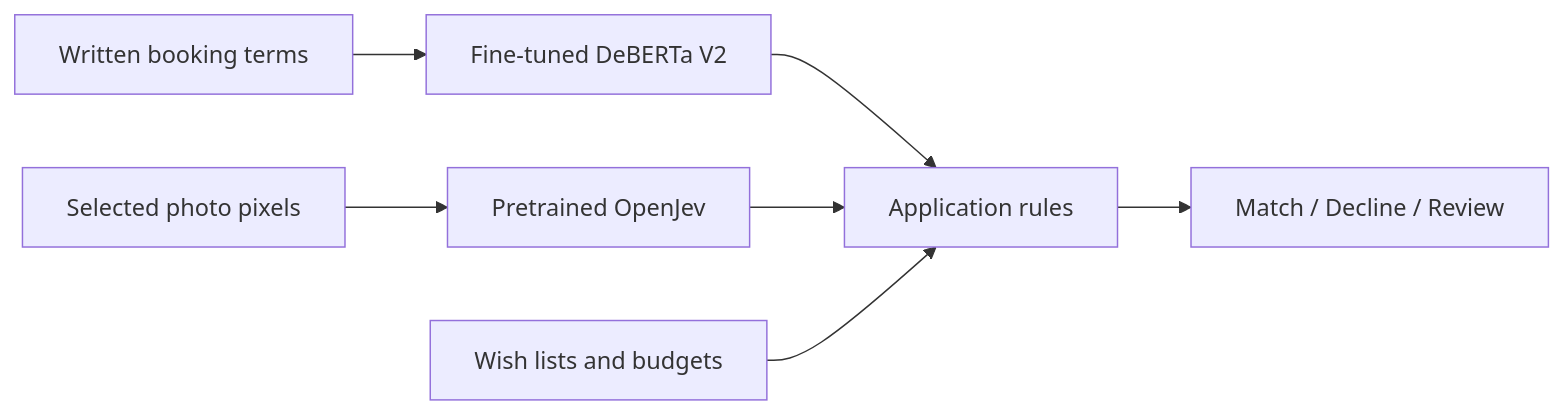
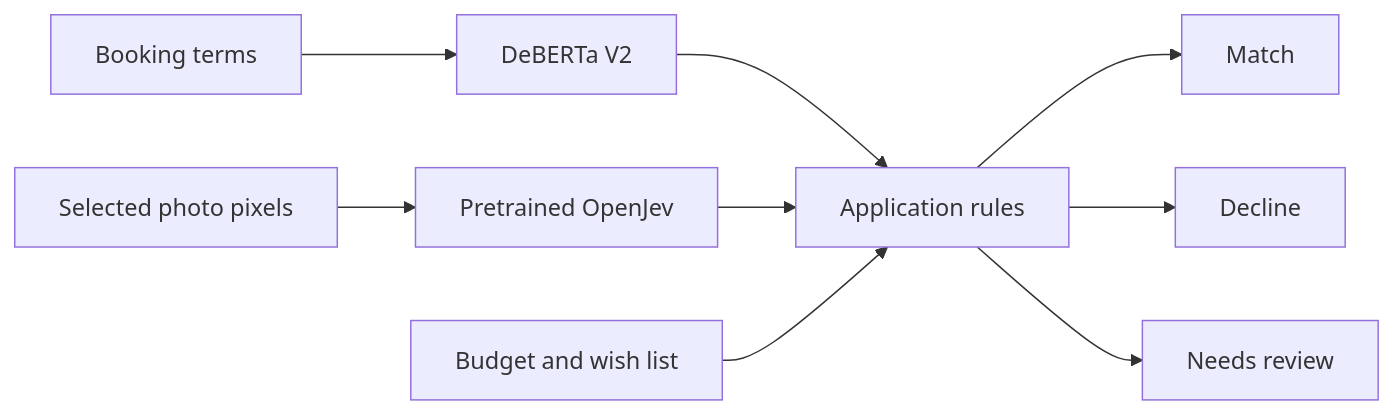
The diagram in README.md (earlyaidopters/away-together), drawn with Mermaid before and after one commit. The commit also changed other lines of this file and 2 other files, not shown here.

````diff
--- a/README.md
+++ b/README.md
@@ -103,9 +132,11 @@
 ```mermaid
 flowchart LR
-  T[Written booking terms] --> N[Fine-tuned DeBERTa V2]
-  P[Selected photo pixels] --> V[Pretrained OpenJev]
-  N --> R[Application rules]
-  V --> R
-  W[Wish lists and budgets] --> R
-  R --> M[Match / Decline / Review]
+  Terms[Booking terms] --> Text[DeBERTa V2]
+  Photos[Selected photo pixels] --> Vision[Pretrained OpenJev]
+  Text --> Rules[Application rules]
+  Vision --> Rules
+  Wishes[Budget and wish list] --> Rules
+  Rules --> Match[Match]
+  Rules --> Decline[Decline]
+  Rules --> Review[Needs review]
 ```
````
